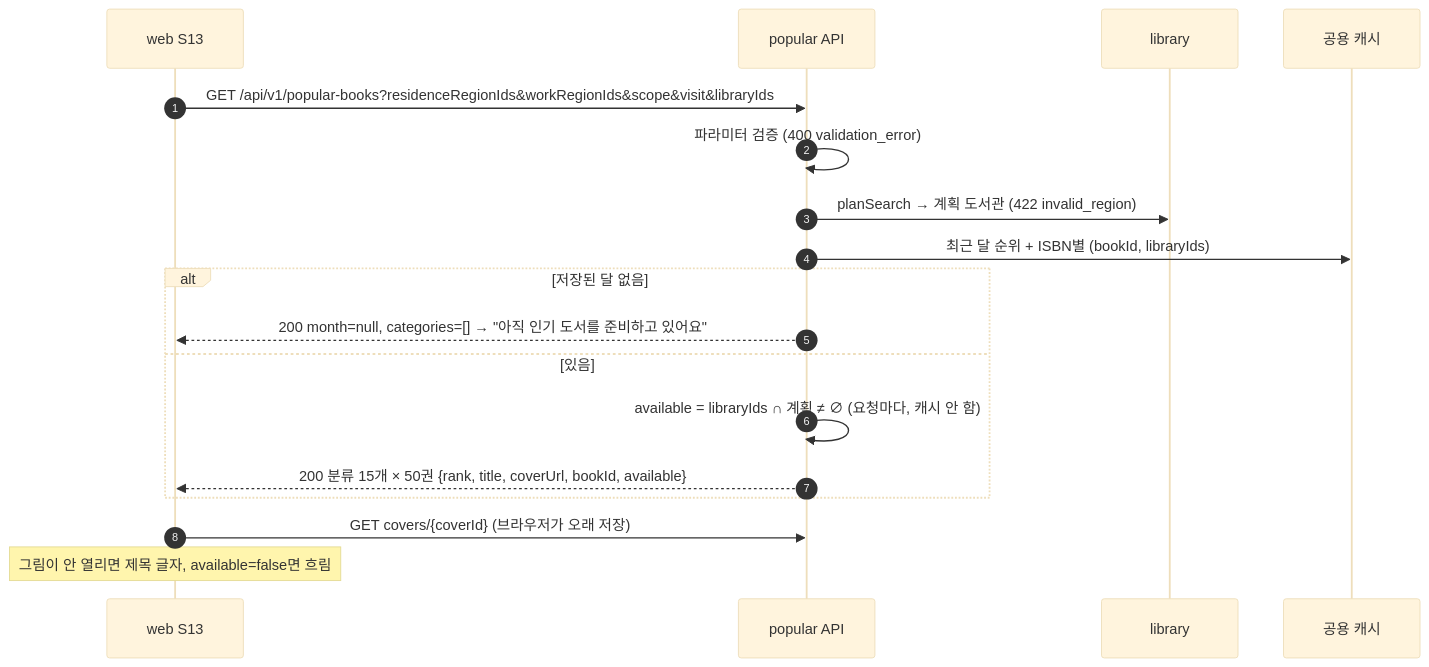
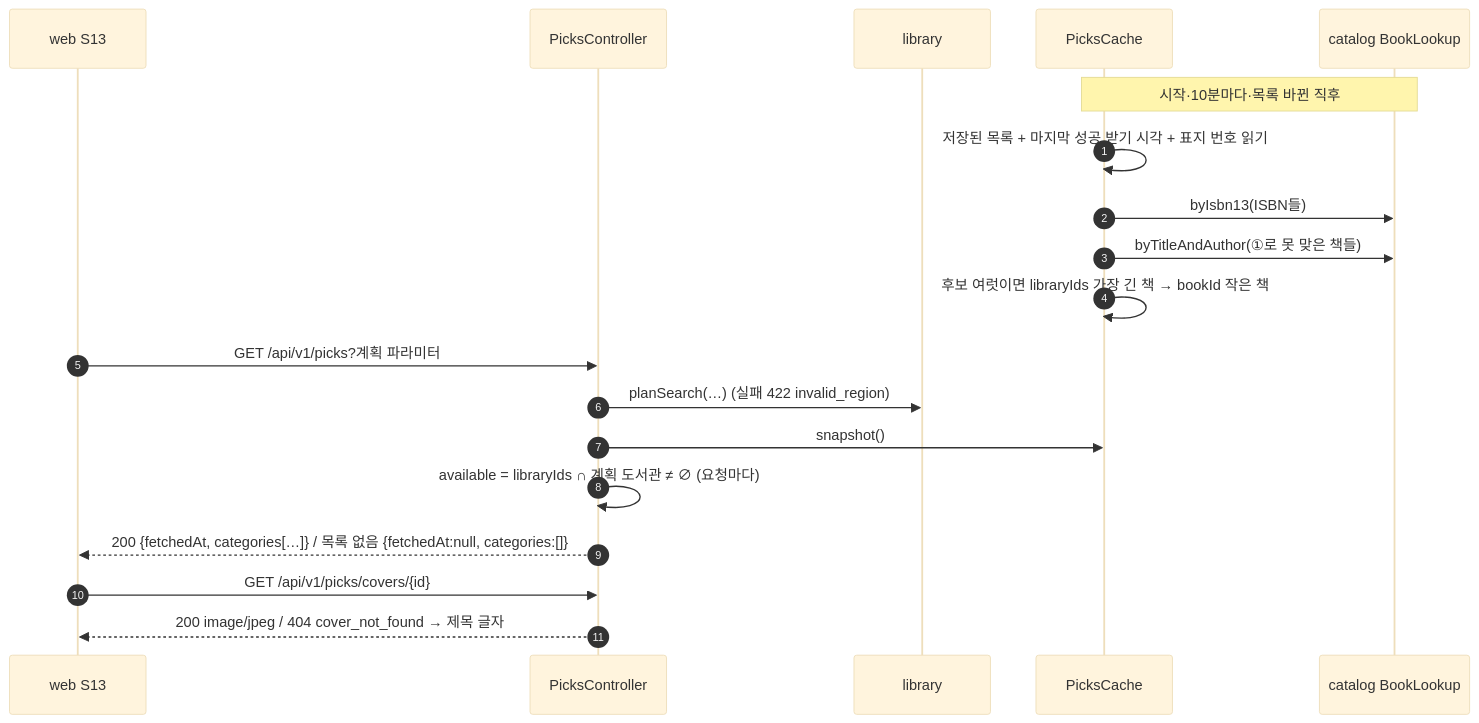
One commit to hodu-sketch/chaekcheck-plan changed diagram 29 of 37 in docs/current/flows.md. Above: the diagram before and after it, drawn with Mermaid (base theme). The commit also changed other lines of this file and 26 other files, not shown here.

First line of the commit message:
cycle 14: popular books → librarian picks (NLK Open API), handed off ahead

````diff
--- a/docs/current/flows.md
+++ b/docs/current/flows.md
@@ -865,20 +870,21 @@
 ```mermaid
 sequenceDiagram
   autonumber
   participant W as web S13
-  participant P as popular API
+  participant P as PicksController
   participant L as library
-  participant C as 공용 캐시
-  W->>P: GET /api/v1/popular-books?residenceRegionIds&workRegionIds&scope&visit&libraryIds
-  P->>P: 파라미터 검증 (400 validation_error)
-  P->>L: planSearch → 계획 도서관 (422 invalid_region)
-  P->>C: 최근 달 순위 + ISBN별 (bookId, libraryIds)
-  alt 저장된 달 없음
-    P-->>W: 200 month=null, categories=[] → "아직 인기 도서를 준비하고 있어요"
-  else 있음
-    P->>P: available = libraryIds ∩ 계획 ≠ ∅ (요청마다, 캐시 안 함)
-    P-->>W: 200 분류 15개 × 50권 {rank, title, coverUrl, bookId, available}
-  end
-  W->>P: GET covers/{coverId} (브라우저가 오래 저장)
-  Note over W: 그림이 안 열리면 제목 글자, available=false면 흐림
+  participant C as PicksCache
+  participant K as catalog BookLookup
+  Note over C,K: 시작·10분마다·목록 바뀐 직후
+  C->>C: 저장된 목록 + 마지막 성공 받기 시각 + 표지 번호 읽기
+  C->>K: byIsbn13(ISBN들)
+  C->>K: byTitleAndAuthor(①로 못 맞은 책들)
+  C->>C: 후보 여럿이면 libraryIds 가장 긴 책 → bookId 작은 책
+  W->>P: GET /api/v1/picks?계획 파라미터
+  P->>L: planSearch(…) (실패 422 invalid_region)
+  P->>C: snapshot()
+  P->>P: available = libraryIds ∩ 계획 도서관 ≠ ∅ (요청마다)
+  P-->>W: 200 {fetchedAt, categories[…]} / 목록 없음 {fetchedAt:null, categories:[]}
+  W->>P: GET /api/v1/picks/covers/{id}
+  P-->>W: 200 image/jpeg / 404 cover_not_found → 제목 글자
 ```
````
